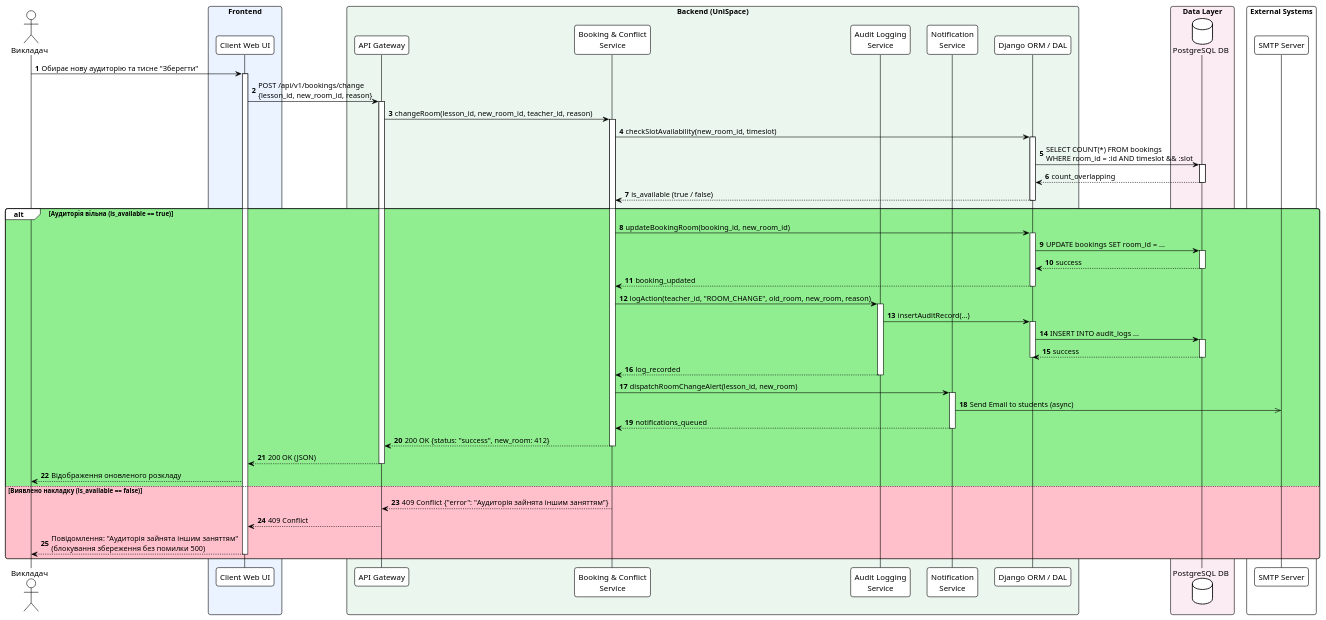
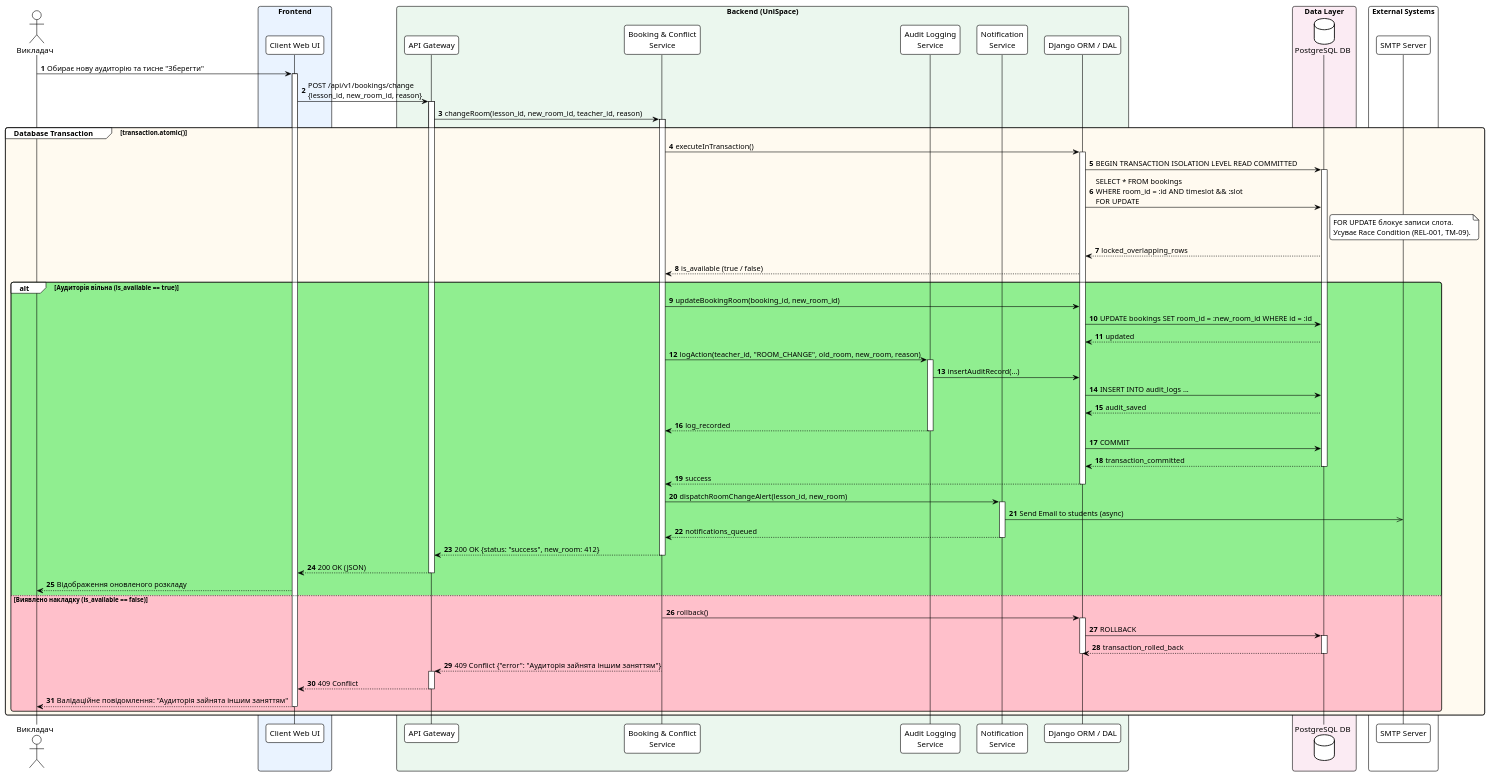
One commit to ukma-fin-ssdm-2026/unispace changed the diagram in docs/architecture/uml/sequence_diagram.puml. Above: the diagram before and after it, drawn with PlantUML.

Commit message:
docs: fix sequence_diagram
fixed sequence diagram according to Lab03 feedback

```diff
--- a/docs/architecture/uml/sequence_diagram.puml
+++ b/docs/architecture/uml/sequence_diagram.puml
@@ -1,86 +1,100 @@
 @startuml
 !theme plain
 autonumber
 skinparam roundCorner 8
 skinparam BoxPadding 10
 
 actor "Викладач" as Teacher
 box "Frontend" #EAF3FF
     participant "Client Web UI" as UI
 end box
 
 box "Backend (UniSpace)" #EBF7EE
     participant "API Gateway" as Gateway
     participant "Booking & Conflict\nService" as Booking
     participant "Audit Logging\nService" as Audit
     participant "Notification\nService" as Notif
     participant "Django ORM / DAL" as DAL
 end box
 
 box "Data Layer" #FBEBF3
     database "PostgreSQL DB" as DB
 end box
 
 box "External Systems" #FFFFFF
     participant "SMTP Server" as SMTP
 end box
 
 Teacher -> UI : Обирає нову аудиторію та тисне "Зберегти"
 activate UI
 
 UI -> Gateway : POST /api/v1/bookings/change\n{lesson_id, new_room_id, reason}
 activate Gateway
 
 Gateway -> Booking : changeRoom(lesson_id, new_room_id, teacher_id, reason)
 activate Booking
 
-Booking -> DAL : checkSlotAvailability(new_room_id, timeslot)
-activate DAL
-DAL -> DB : SELECT COUNT(*) FROM bookings\nWHERE room_id = :id AND timeslot && :slot
-activate DB
-DB --> DAL : count_overlapping
-deactivate DB
-DAL --> Booking : is_available (true / false)
-deactivate DAL
+group #FloralWhite Database Transaction [transaction.atomic()]
+    Booking -> DAL : executeInTransaction()
+    activate DAL
+    
+    DAL -> DB : BEGIN TRANSACTION ISOLATION LEVEL READ COMMITTED
+    activate DB
 
-alt #LightGreen Аудиторія вільна (is_available == true)
-    Booking -> DAL : updateBookingRoom(booking_id, new_room_id)
-    activate DAL
-    DAL -> DB : UPDATE bookings SET room_id = ...
-    activate DB
-    DB --> DAL : success
-    deactivate DB
-    DAL --> Booking : booking_updated
-    deactivate DAL
+    DAL -> DB : SELECT * FROM bookings\nWHERE room_id = :id AND timeslot && :slot\nFOR UPDATE
+    note right of DB
+      FOR UPDATE блокує записи слота.
+      Усуває Race Condition (REL-001, TM-09).
+    end note
+    DB --> DAL : locked_overlapping_rows
+    DAL --> Booking : is_available (true / false)
 
-    Booking -> Audit : logAction(teacher_id, "ROOM_CHANGE", old_room, new_room, reason)
-    activate Audit
-    Audit -> DAL : insertAuditRecord(...)
-    activate DAL
-    DAL -> DB : INSERT INTO audit_logs ...
-    activate DB
-    DB --> DAL : success
-    deactivate DB
-    deactivate DAL
-    Audit --> Booking : log_recorded
-    deactivate Audit
+    alt #LightGreen Аудиторія вільна (is_available == true)
+        Booking -> DAL : updateBookingRoom(booking_id, new_room_id)
+        DAL -> DB : UPDATE bookings SET room_id = :new_room_id WHERE id = :id
+        DB --> DAL : updated
 
-    Booking -> Notif : dispatchRoomChangeAlert(lesson_id, new_room)
-    activate Notif
-    Notif ->> SMTP : Send Email to students (async)
-    Notif --> Booking : notifications_queued
-    deactivate Notif
+        Booking -> Audit : logAction(teacher_id, "ROOM_CHANGE", old_room, new_room, reason)
+        activate Audit
+        Audit -> DAL : insertAuditRecord(...)
+        DAL -> DB : INSERT INTO audit_logs ...
+        DB --> DAL : audit_saved
+        Audit --> Booking : log_recorded
+        deactivate Audit
 
-    Booking --> Gateway : 200 OK {status: "success", new_room: 412}
-    deactivate Booking
-    Gateway --> UI : 200 OK (JSON)
-    deactivate Gateway
-    UI --> Teacher : Відображення оновленого розкладу
+        DAL -> DB : COMMIT
+        DB --> DAL : transaction_committed
+        deactivate DB
+        DAL --> Booking : success
+        deactivate DAL
 
-else #Pink Виявлено накладку (is_available == false)
-    Booking --> Gateway : 409 Conflict {"error": "Аудиторія зайнята іншим заняттям"}
-    Gateway --> UI : 409 Conflict
-    UI --> Teacher : Повідомлення: "Аудиторія зайнята іншим заняттям"\n(блокування збереження без помилки 500)
-    deactivate UI
+        Booking -> Notif : dispatchRoomChangeAlert(lesson_id, new_room)
+        activate Notif
+        Notif ->> SMTP : Send Email to students (async)
+        Notif --> Booking : notifications_queued
+        deactivate Notif
+
+        Booking --> Gateway : 200 OK {status: "success", new_room: 412}
+        deactivate Booking
+        Gateway --> UI : 200 OK (JSON)
+        deactivate Gateway
+        UI --> Teacher : Відображення оновленого розкладу
+
+    else #Pink Виявлено накладку (is_available == false)
+        Booking -> DAL : rollback()
+        activate DAL
+        DAL -> DB : ROLLBACK
+        activate DB
+        DB --> DAL : transaction_rolled_back
+        deactivate DB
+        deactivate DAL
+
+        Booking --> Gateway : 409 Conflict {"error": "Аудиторія зайнята іншим заняттям"}
+        activate Gateway
+        Gateway --> UI : 409 Conflict
+        deactivate Gateway
+        UI --> Teacher : Валідаційне повідомлення: "Аудиторія зайнята іншим заняттям"
+        deactivate UI
+    end
 end
 @enduml
```
